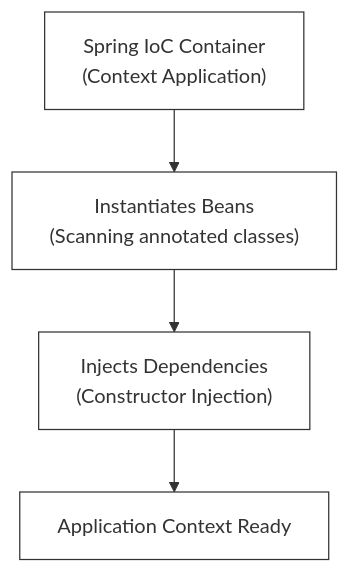
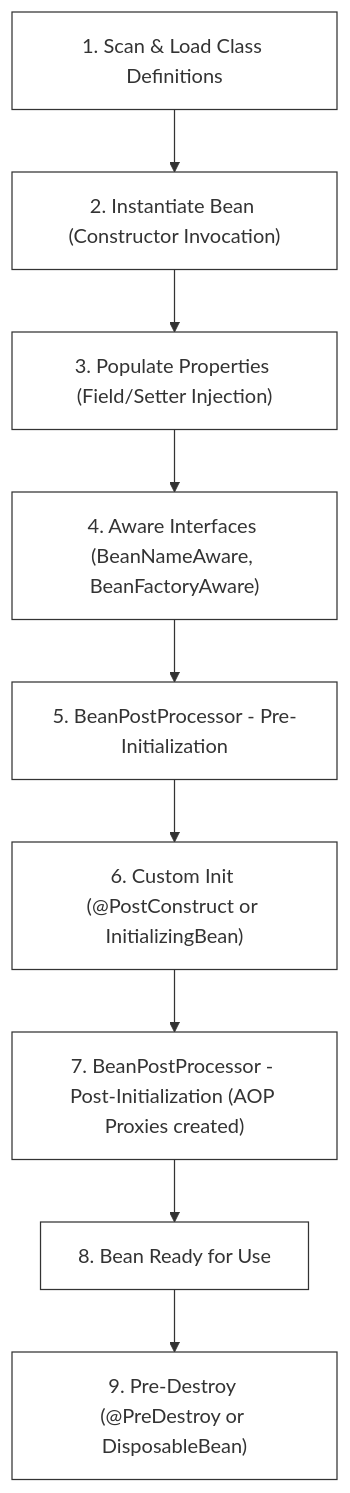
The diagram in languages/l01-spring-boot/README.md (nishant-iith/learning-with-projects), drawn with Mermaid before and after one commit. The commit also changed other lines of this file and 1 other file, not shown here.

Commit message:
docs: expand Spring Boot and custom DI container study handbooks

````diff
--- a/languages/l01-spring-boot/README.md
+++ b/languages/l01-spring-boot/README.md
@@ -11,8 +35,13 @@
 ```mermaid
 graph TD
     classDef default fill:#ffffff,stroke:#333333,stroke-width:1px,color:#333333;
 
-    IoC["Spring IoC Container<br>(Context Application)"] --> Instantiate["Instantiates Beans<br>(Scanning annotated classes)"]
-    Instantiate --> Wire["Injects Dependencies<br>(Constructor Injection)"]
-    Wire --> Ready["Application Context Ready"]
+    Start["1. Scan & Load Class Definitions"] --> Instantiate["2. Instantiate Bean (Constructor Invocation)"]
+    Instantiate --> Populate["3. Populate Properties (Field/Setter Injection)"]
+    Populate --> Aware["4. Aware Interfaces (BeanNameAware, BeanFactoryAware)"]
+    Aware --> PreInit["5. BeanPostProcessor - Pre-Initialization"]
+    PreInit --> Init["6. Custom Init (@PostConstruct or InitializingBean)"]
+    Init --> PostInit["7. BeanPostProcessor - Post-Initialization (AOP Proxies created)"]
+    PostInit --> Ready["8. Bean Ready for Use"]
+    Ready --> Destroy["9. Pre-Destroy (@PreDestroy or DisposableBean)"]
 ```
````
